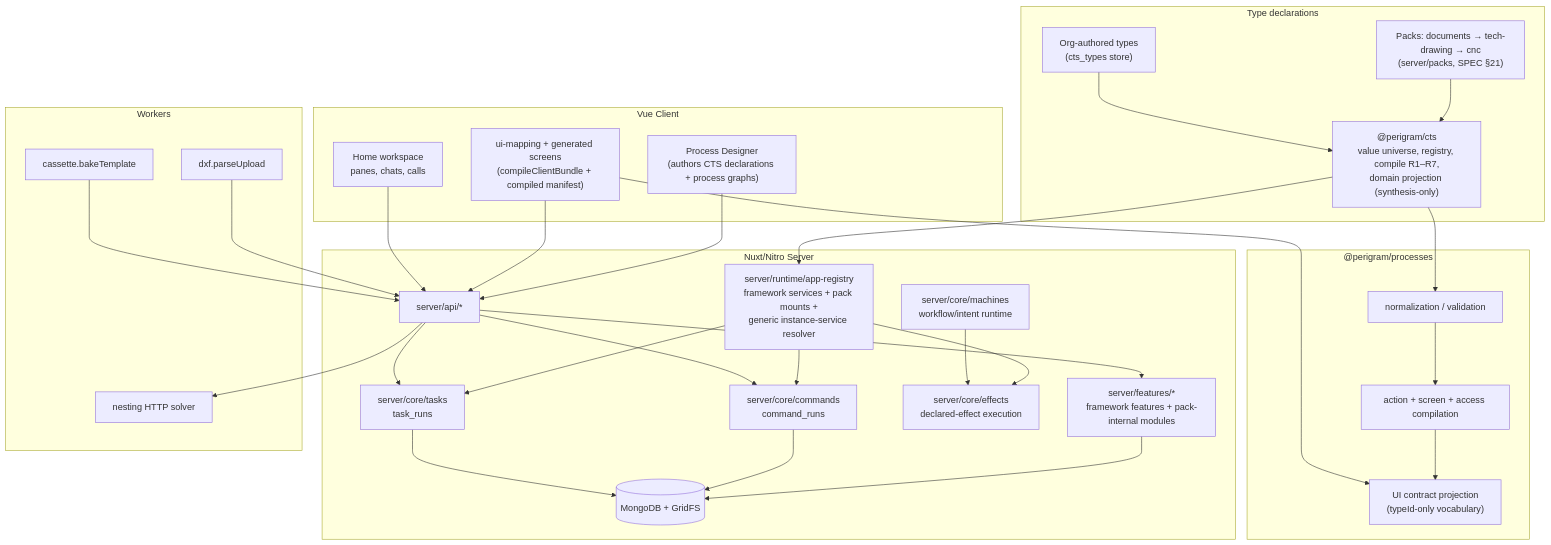
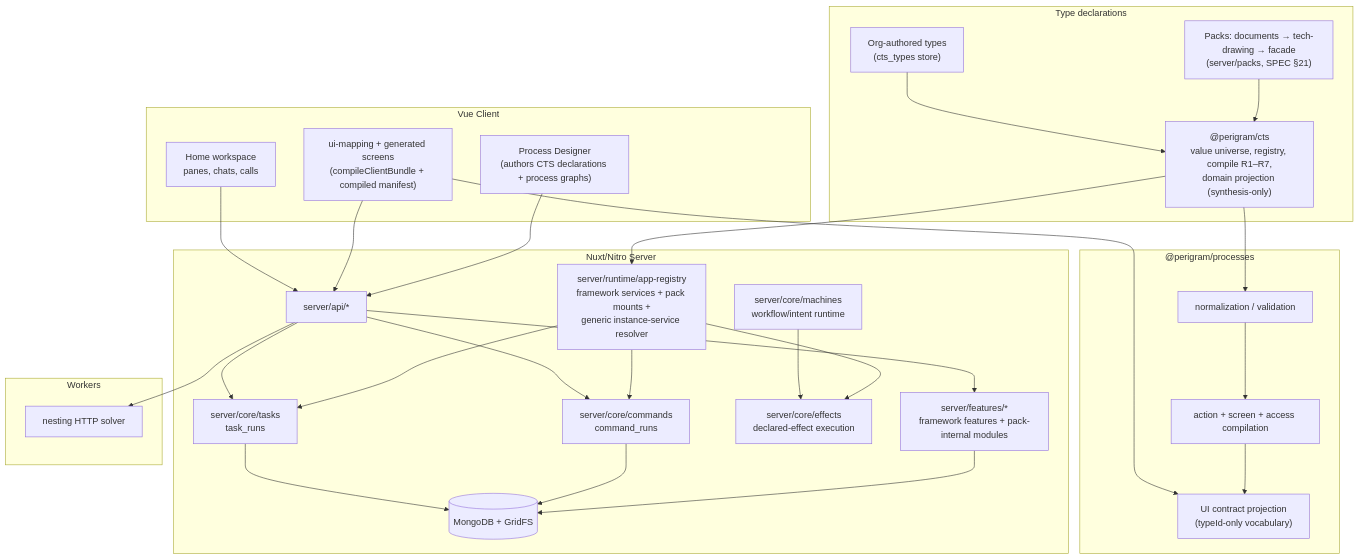
The first of 2 diagrams in docs/SYSTEM_ARCHITECTURE.md (Perigram/perigram), drawn with Mermaid before and after one commit. The commit also changed other lines of this file and 18 other files, not shown here.

````diff
--- a/docs/SYSTEM_ARCHITECTURE.md
+++ b/docs/SYSTEM_ARCHITECTURE.md
@@ -9,60 +9,56 @@
 ```mermaid
 flowchart TB
   subgraph Declarations["Type declarations"]
     Cts["@perigram/cts<br/>value universe, registry, compile R1–R7,<br/>domain projection (synthesis-only)"]
-    Packs["Packs: documents → tech-drawing → cnc<br/>(server/packs, SPEC §21)"]
+    Packs["Packs: documents → tech-drawing → facade<br/>(server/packs, SPEC §21)"]
     OrgTypes["Org-authored types<br/>(cts_types store)"]
   end
 
   subgraph Compiler["@perigram/processes"]
     Normalize["normalization / validation"]
     Actions["action + screen + access compilation"]
     UiContract["UI contract projection<br/>(typeId-only vocabulary)"]
   end
 
   subgraph Server["Nuxt/Nitro Server"]
     AppRegistry["server/runtime/app-registry<br/>framework services + pack mounts +<br/>generic instance-service resolver"]
     Commands["server/core/commands<br/>command_runs"]
     Tasks["server/core/tasks<br/>task_runs"]
     Effects["server/core/effects<br/>declared-effect execution"]
     Machines["server/core/machines<br/>workflow/intent runtime"]
     Features["server/features/*<br/>framework features + pack-internal modules"]
     Api["server/api/*"]
     Mongo[(MongoDB + GridFS)]
   end
 
   subgraph Frontend["Vue Client"]
     Designer["Process Designer<br/>(authors CTS declarations + process graphs)"]
     Generator["ui-mapping + generated screens<br/>(compileClientBundle + compiled manifest)"]
     Home["Home workspace<br/>panes, chats, calls"]
   end
 
   subgraph Workers["Workers"]
-    FileWorker["dxf.parseUpload"]
-    CassetteWorker["cassette.bakeTemplate"]
     NestingWorker["nesting HTTP solver"]
   end
 
   Packs --> Cts
   OrgTypes --> Cts
   Cts --> AppRegistry
   Cts --> Normalize
   Normalize --> Actions --> UiContract
   AppRegistry --> Commands
   AppRegistry --> Tasks
   AppRegistry --> Effects
   Machines --> Effects
   Api --> Commands
   Api --> Tasks
   Api --> Features
   Features --> Mongo
   Commands --> Mongo
   Tasks --> Mongo
   Designer --> Api
   Generator --> UiContract
   Generator --> Api
   Home --> Api
-  FileWorker --> Api
-  CassetteWorker --> Api
   Api --> NestingWorker
 ```
````
